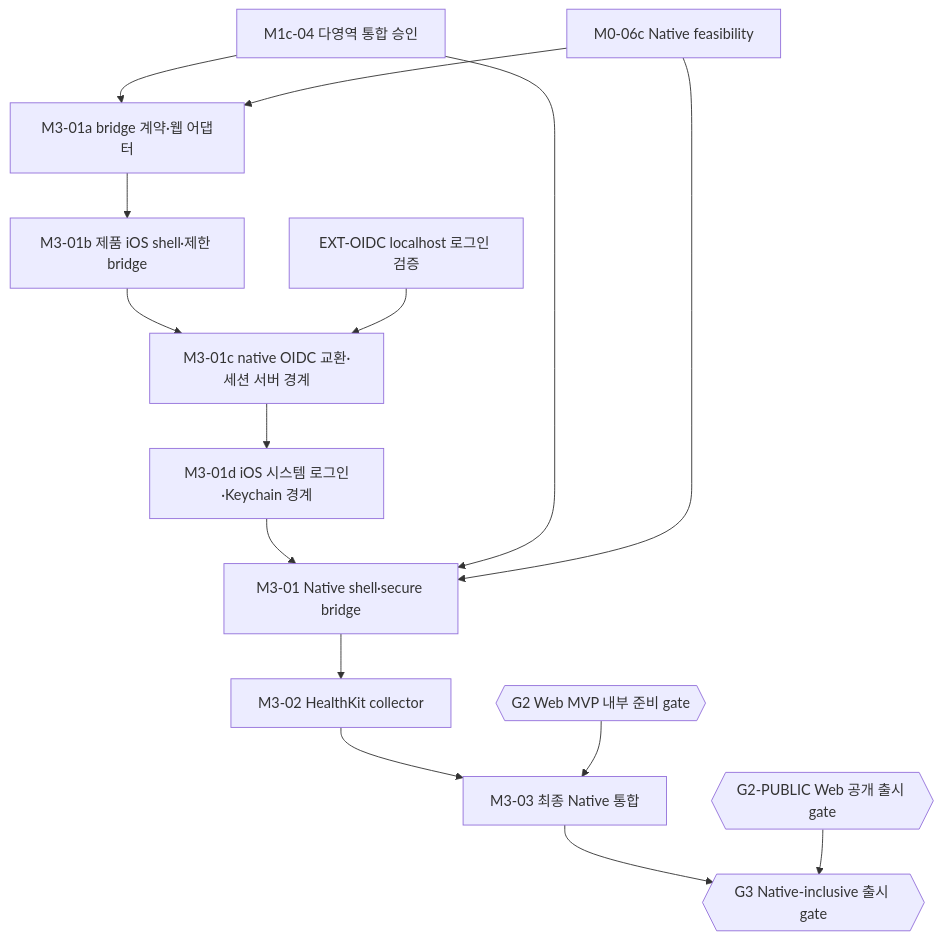
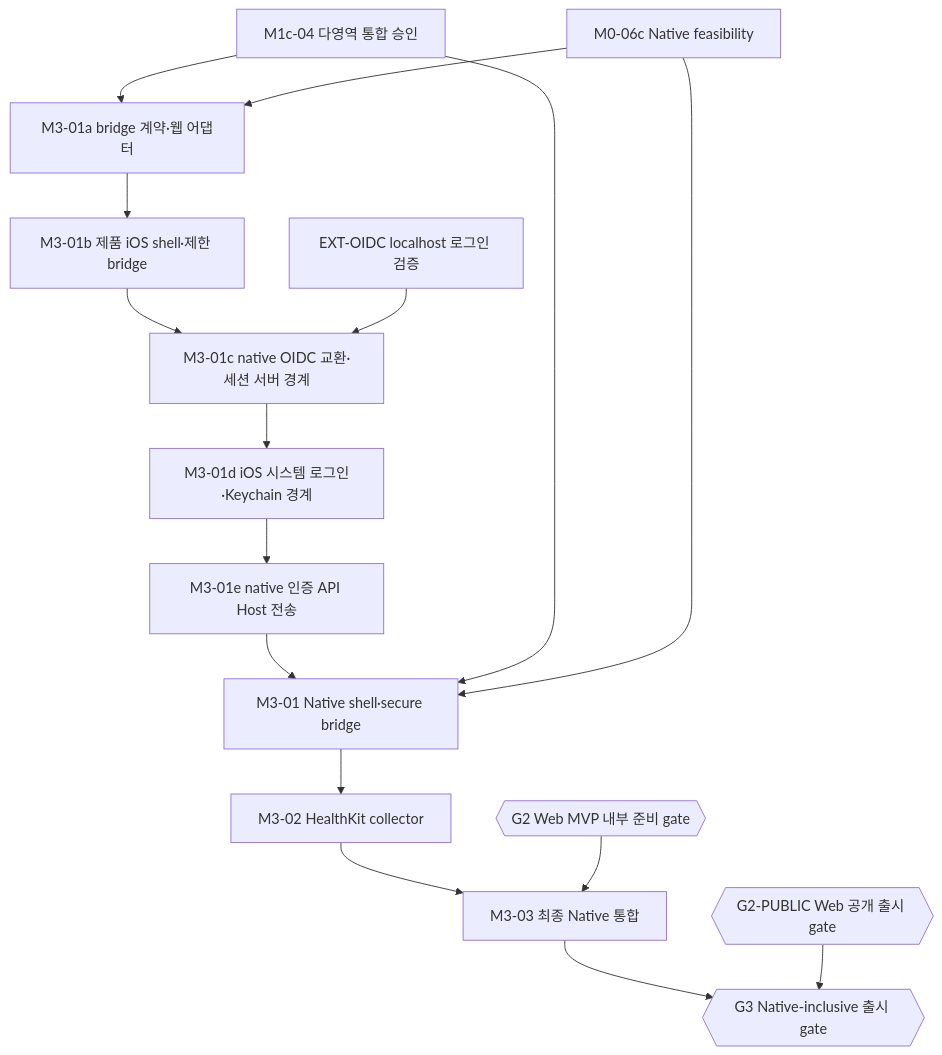
Before and after one commit to peacecheejecake/workout-manager: the third of 3 diagrams in docs/implementation/task-graph.md, drawn with Mermaid. The commit also changed other lines of this file and 12 other files, not shown here.

Commit message:
feat(native): add bounded authenticated API reads

````diff
--- a/docs/implementation/task-graph.md
+++ b/docs/implementation/task-graph.md
@@ -524,30 +524,32 @@
 ```mermaid
 flowchart TD
     task8["M0-06c Native feasibility"]
     task25["M1c-04 다영역 통합 승인"]
     task33{{"G2 Web MVP 내부 준비 gate"}}
     publicGate{{"G2-PUBLIC Web 공개 출시 gate"}}
     task34["M3-01 Native shell·secure bridge"]
     task34a["M3-01a bridge 계약·웹 어댑터"]
     task34b["M3-01b 제품 iOS shell·제한 bridge"]
     task34c["M3-01c native OIDC 교환·세션 서버 경계"]
     task34d["M3-01d iOS 시스템 로그인·Keychain 경계"]
+    task34e["M3-01e native 인증 API Host 전송"]
     oidc["EXT-OIDC localhost 로그인 검증"]
     task35["M3-02 HealthKit collector"]
     task36["M3-03 최종 Native 통합"]
     task37{{"G3 Native-inclusive 출시 gate"}}
     task25 --> task34a
     task8 --> task34a
     task34a --> task34b
     task34b --> task34c
     oidc --> task34c
     task34c --> task34d
-    task34d --> task34
+    task34d --> task34e
+    task34e --> task34
     task25 --> task34
     task8 --> task34
     task34 --> task35
     task35 --> task36
     task33 --> task36
     task36 --> task37
     publicGate --> task37
 ```
````
